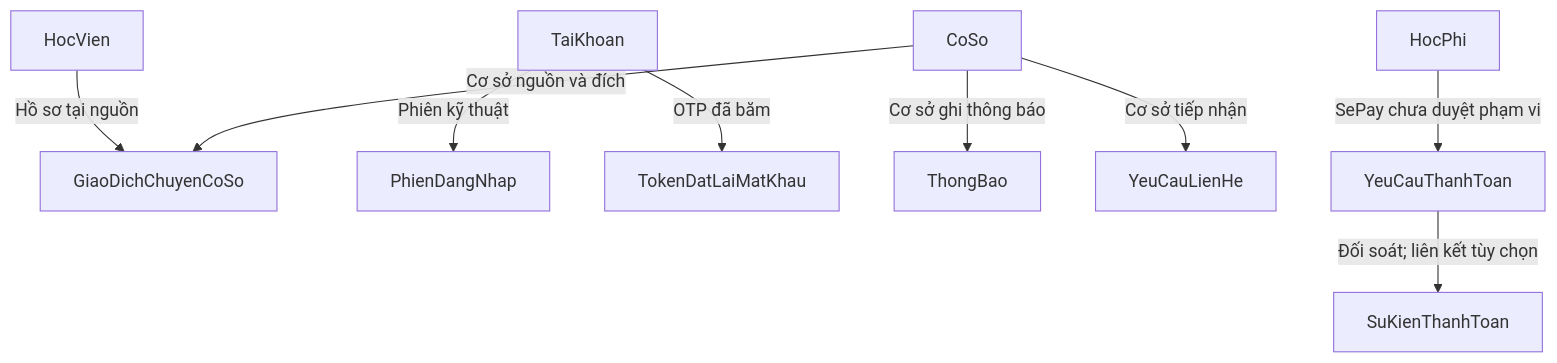
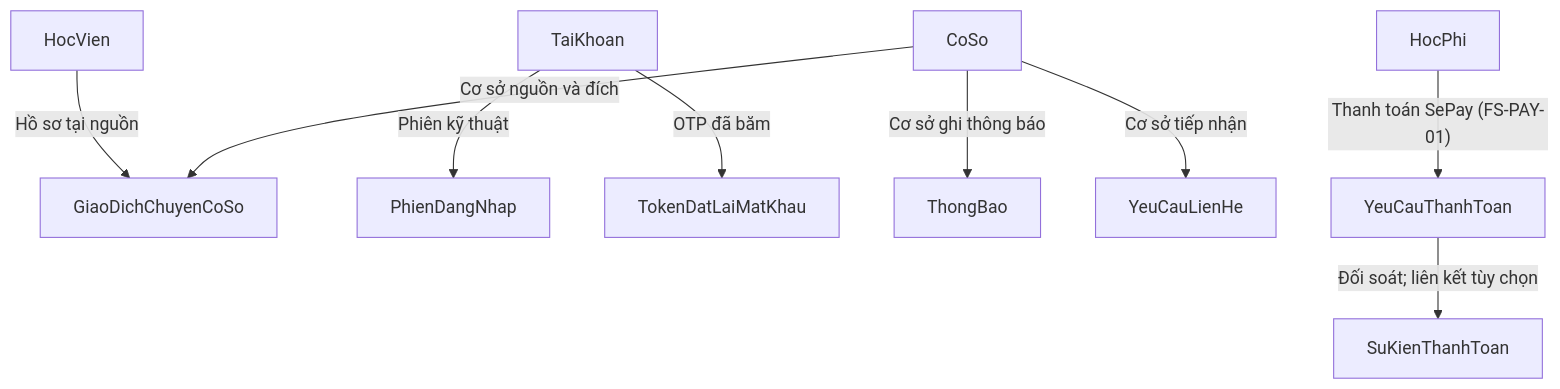
The fourth of 4 diagrams in docs/DATABASE_SCHEMA.md (Quochieu2005/language-center-management), drawn with Mermaid before and after one commit. The commit also changed 7 other files, not shown here.

First line of the commit message:
docs: đồng bộ AGENTS.md và tài liệu với phạm vi đã duyệt (portal 21/11, SePay 26/11)

````diff
--- a/docs/DATABASE_SCHEMA.md
+++ b/docs/DATABASE_SCHEMA.md
@@ -226,11 +226,11 @@
 ```mermaid
 flowchart TB
     HocVien -->|"Hồ sơ tại nguồn"| GiaoDichChuyenCoSo
     CoSo -->|"Cơ sở nguồn và đích"| GiaoDichChuyenCoSo
     TaiKhoan -->|"Phiên kỹ thuật"| PhienDangNhap
     TaiKhoan -->|"OTP đã băm"| TokenDatLaiMatKhau
     CoSo -->|"Cơ sở ghi thông báo"| ThongBao
     CoSo -->|"Cơ sở tiếp nhận"| YeuCauLienHe
-    HocPhi -->|"SePay chưa duyệt phạm vi"| YeuCauThanhToan
+    HocPhi -->|"Thanh toán SePay (FS-PAY-01)"| YeuCauThanhToan
     YeuCauThanhToan -->|"Đối soát; liên kết tùy chọn"| SuKienThanhToan
 ```
````
